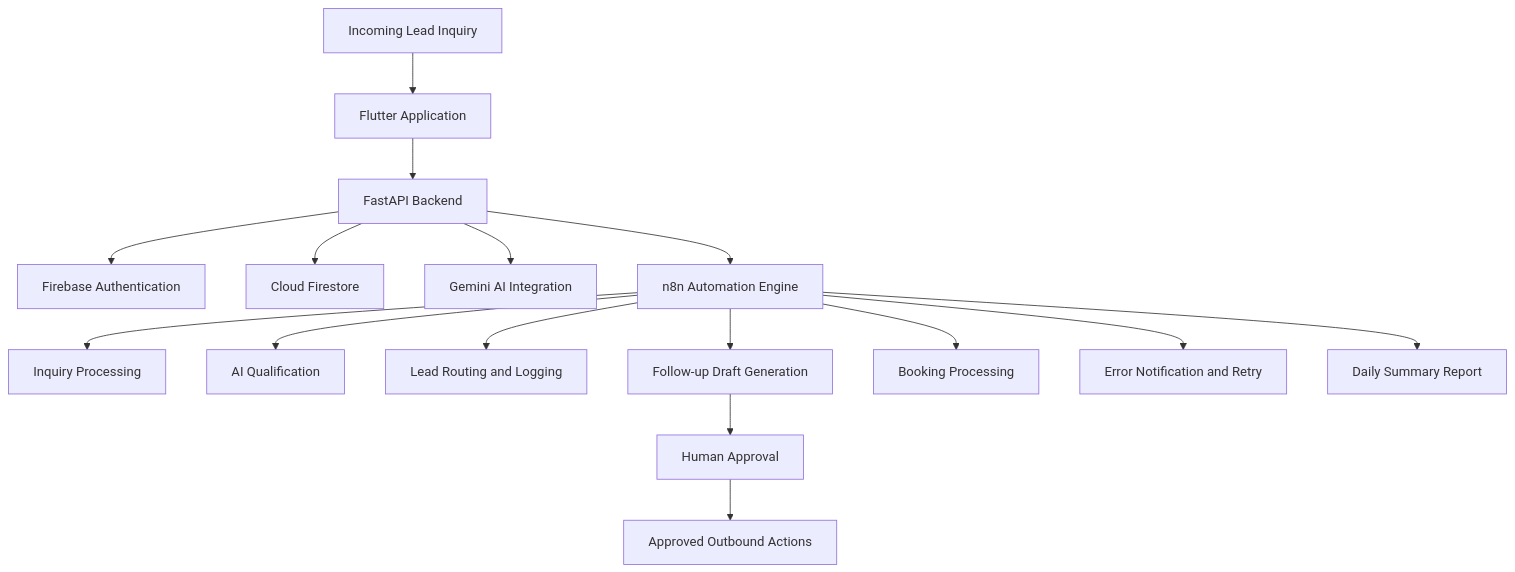
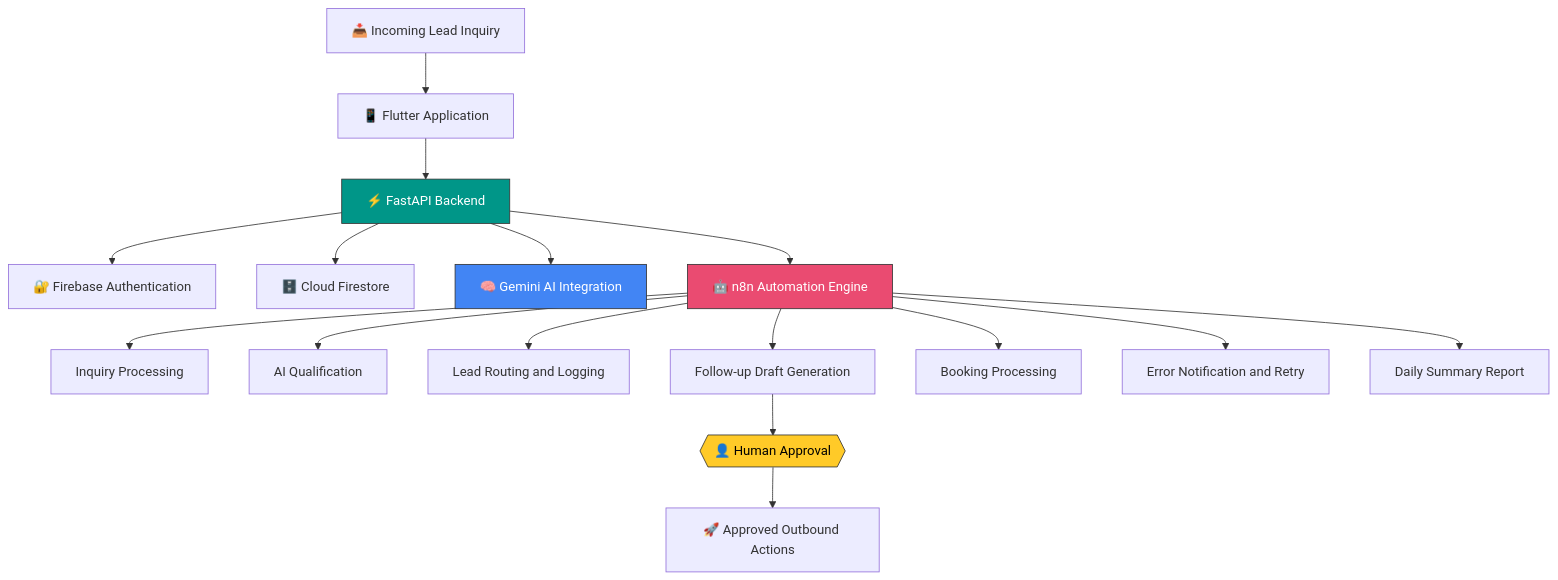
Before and after one commit to Saikot313/Leadpilot-AI: the diagram in README.md, drawn with Mermaid. The commit also changed other lines of this file, not shown here.

````diff
--- a/README.md
+++ b/README.md
@@ -212,23 +189,28 @@
 ```mermaid
 flowchart TD
-    A[Incoming Lead Inquiry] --> B[Flutter Application]
-    B --> C[FastAPI Backend]
+    A[📥 Incoming Lead Inquiry] --> B[📱 Flutter Application]
+    B --> C[⚡ FastAPI Backend]
 
-    C --> D[Firebase Authentication]
-    C --> E[Cloud Firestore]
-    C --> F[Gemini AI Integration]
+    C --> D[🔐 Firebase Authentication]
+    C --> E[🗄️ Cloud Firestore]
+    C --> F[🧠 Gemini AI Integration]
 
-    C --> G[n8n Automation Engine]
+    C --> G[🤖 n8n Automation Engine]
 
     G --> H[Inquiry Processing]
     G --> I[AI Qualification]
     G --> J[Lead Routing and Logging]
     G --> K[Follow-up Draft Generation]
 
-    K --> L[Human Approval]
-    L --> M[Approved Outbound Actions]
+    K --> L{{👤 Human Approval}}
+    L --> M[🚀 Approved Outbound Actions]
 
     G --> N[Booking Processing]
     G --> O[Error Notification and Retry]
     G --> P[Daily Summary Report]
+
+    style L fill:#FFCA28,stroke:#333,color:#000
+    style G fill:#EA4B71,stroke:#333,color:#fff
+    style F fill:#4285F4,stroke:#333,color:#fff
+    style C fill:#009688,stroke:#333,color:#fff
 ```
````
